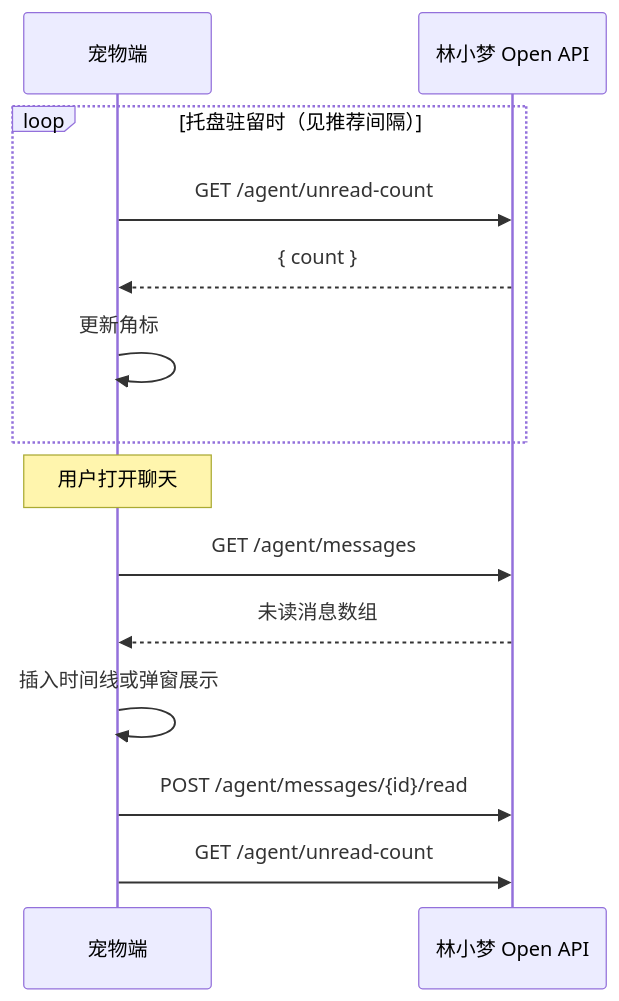
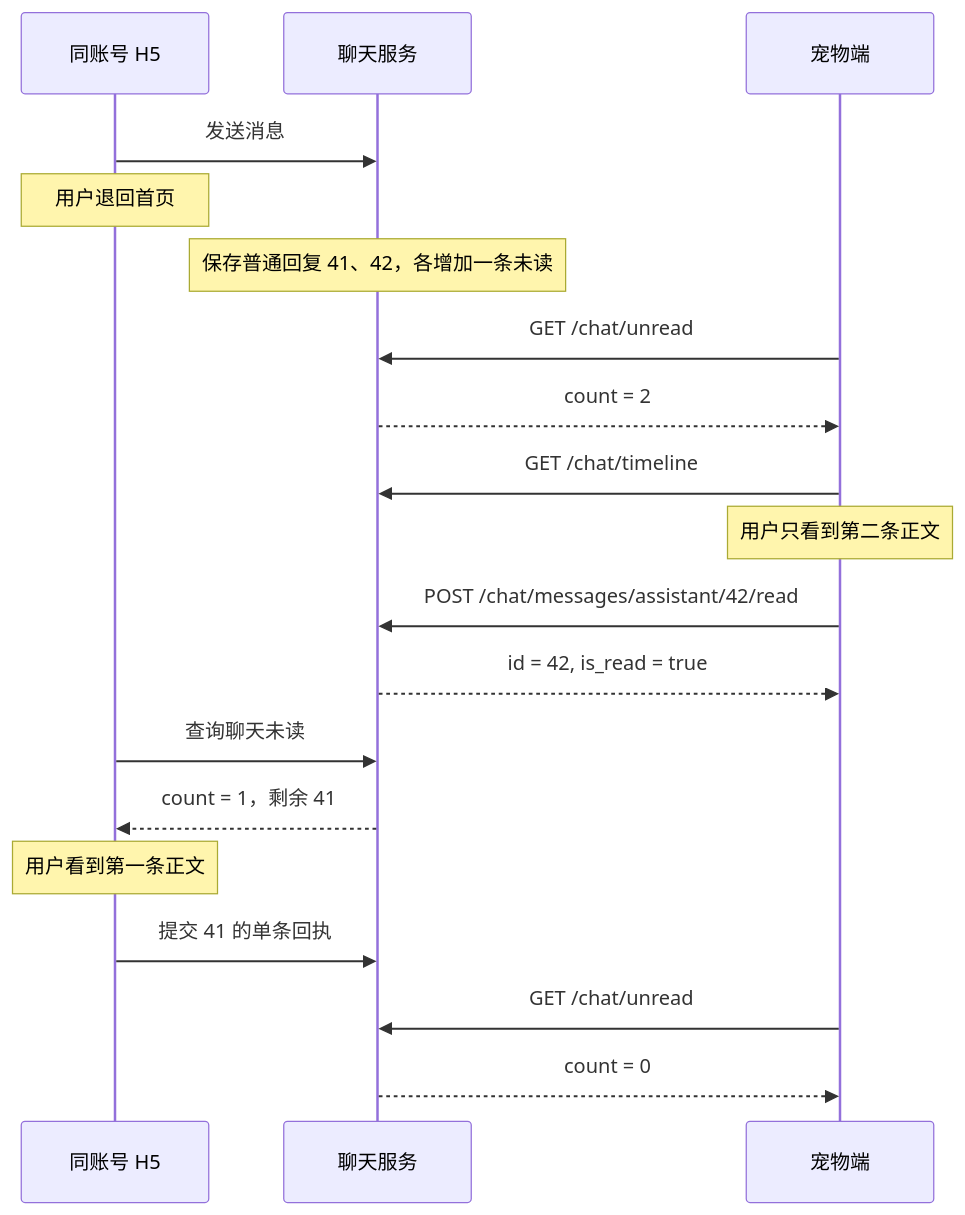
The fifth of 5 diagrams in docs/partner/林小梦-OpenAPI-宠物端接入指南.md (cong19920207-bit/lxm), drawn with Mermaid before and after one commit. The commit also changed other lines of this file and 116 other files, not shown here.

````diff
--- a/docs/partner/林小梦-OpenAPI-宠物端接入指南.md
+++ b/docs/partner/林小梦-OpenAPI-宠物端接入指南.md
@@ -294,17 +316,21 @@
 ```mermaid
 sequenceDiagram
+  participant H5 as 同账号 H5
+  participant API as 聊天服务
   participant Pet as 宠物端
-  participant API as 林小梦 Open API
-
-  loop 托盘驻留时（见推荐间隔）
-    Pet->>API: GET /agent/unread-count
-    API-->>Pet: { count }
-    Pet->>Pet: 更新角标
-  end
-  Note over Pet: 用户打开聊天
-  Pet->>API: GET /agent/messages
-  API-->>Pet: 未读消息数组
-  Pet->>Pet: 插入时间线或弹窗展示
-  Pet->>API: POST /agent/messages/{id}/read
-  Pet->>API: GET /agent/unread-count
+  H5->>API: 发送消息
+  Note over H5: 用户退回首页
+  Note over API: 保存普通回复 41、42，各增加一条未读
+  Pet->>API: GET /chat/unread
+  API-->>Pet: count = 2
+  Pet->>API: GET /chat/timeline
+  Note over Pet: 用户只看到第二条正文
+  Pet->>API: POST /chat/messages/assistant/42/read
+  API-->>Pet: id = 42, is_read = true
+  H5->>API: 查询聊天未读
+  API-->>H5: count = 1，剩余 41
+  Note over H5: 用户看到第一条正文
+  H5->>API: 提交 41 的单条回执
+  Pet->>API: GET /chat/unread
+  API-->>Pet: count = 0
 ```
````
